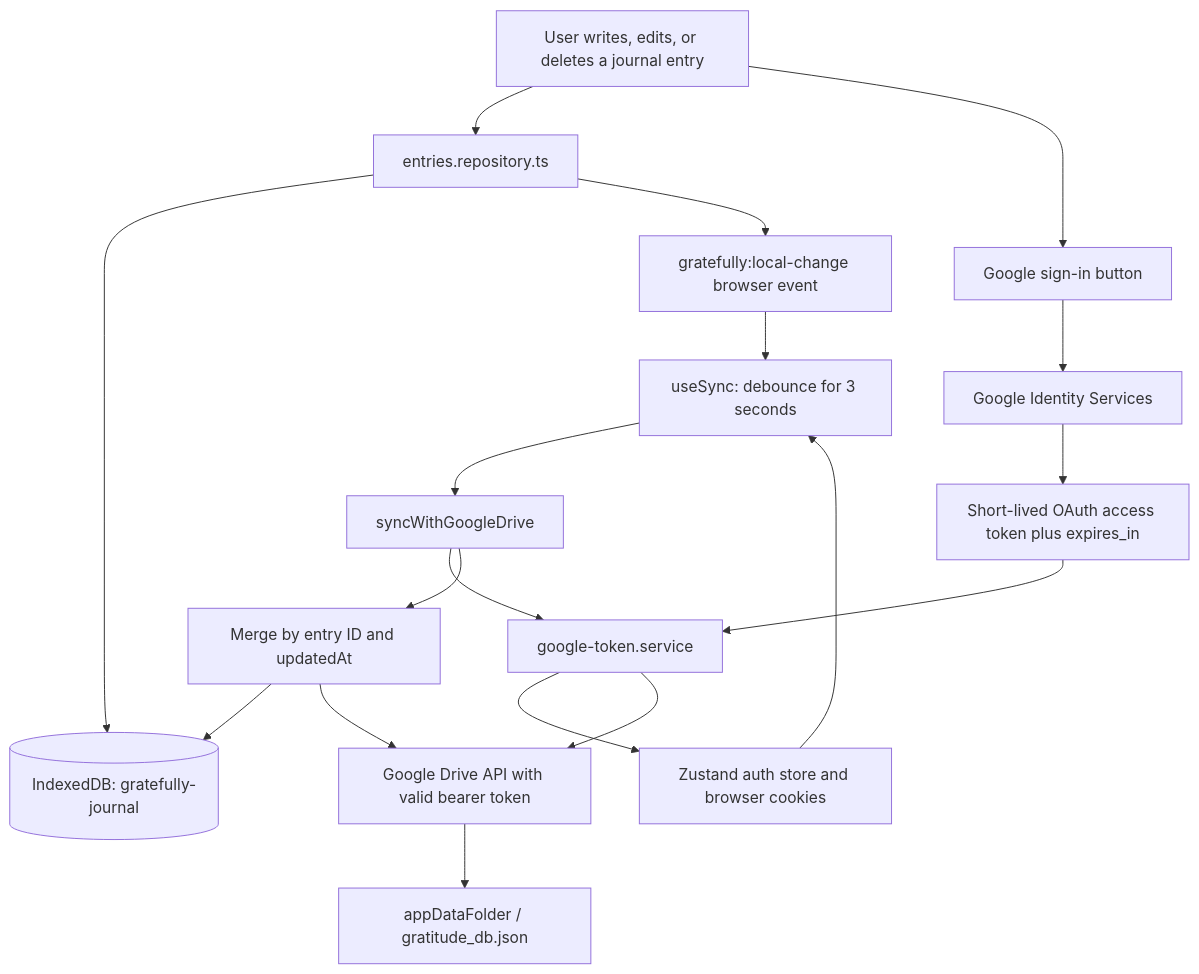
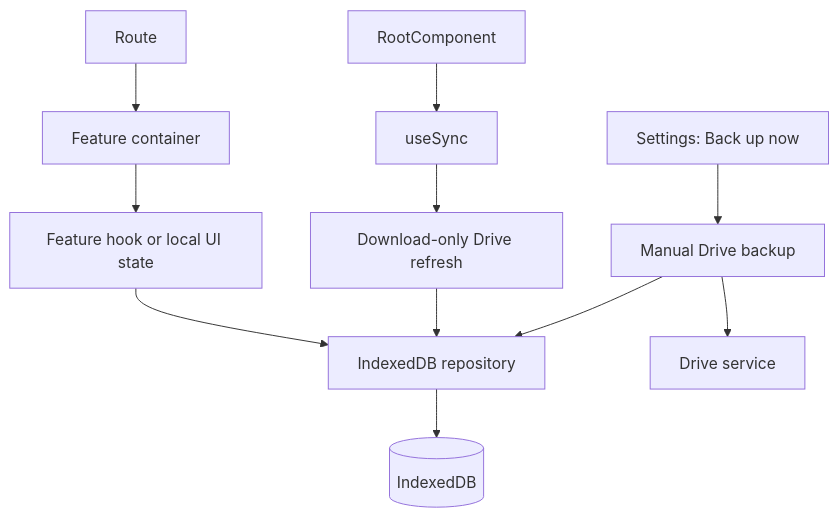
One commit to abdlrahman-l/gratefully changed the first of 3 diagrams in docs/LEARNING_GUIDE.md. Above: the diagram before and after it, drawn with Mermaid. The commit also changed other lines of this file and 11 other files, not shown here.

Commit message:
refactor to new architecture

````diff
--- a/docs/LEARNING_GUIDE.md
+++ b/docs/LEARNING_GUIDE.md
@@ -39,22 +62,13 @@
 ```mermaid
 flowchart TD
-    User[User writes, edits, or deletes a journal entry] --> Repo[entries.repository.ts]
-    Repo --> IDB[(IndexedDB: gratefully-journal)]
-    Repo --> Event[gratefully:local-change browser event]
-    Event --> Scheduler[useSync: debounce for 3 seconds]
-
-    User --> SignIn[Google sign-in button]
-    SignIn --> GIS[Google Identity Services]
-    GIS --> Token[Short-lived OAuth access token plus expires_in]
-    Token --> TokenService[google-token.service]
-    TokenService --> AuthStore[Zustand auth store and browser cookies]
-    AuthStore --> Scheduler
-
-    Scheduler --> SyncService[syncWithGoogleDrive]
-    SyncService --> TokenService
-    TokenService --> DriveAPI[Google Drive API with valid bearer token]
-    DriveAPI --> AppData[appDataFolder / gratitude_db.json]
-    SyncService --> Merge[Merge by entry ID and updatedAt]
-    Merge --> IDB
-    Merge --> DriveAPI
+    Route[Route] --> Container[Feature container]
+    Container --> Hook[Feature hook or local UI state]
+    Hook --> Repo[IndexedDB repository]
+    Repo --> IDB[(IndexedDB)]
+    Root[RootComponent] --> SyncHook[useSync]
+    SyncHook --> Refresh[Download-only Drive refresh]
+    Settings[Settings: Back up now] --> Backup[Manual Drive backup]
+    Refresh --> Repo
+    Backup --> Repo
+    Backup --> Drive[Drive service]
 ```
````
